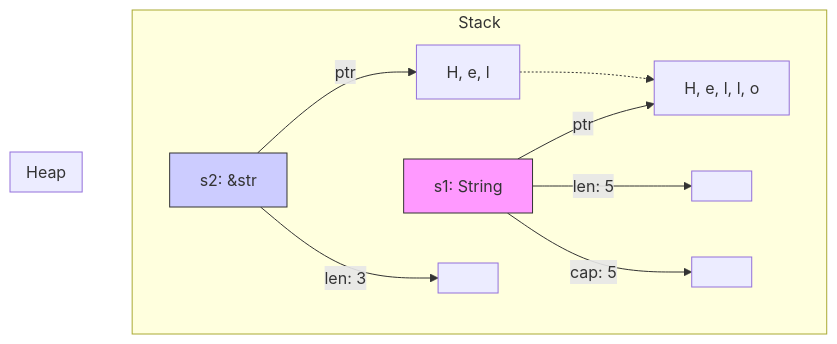
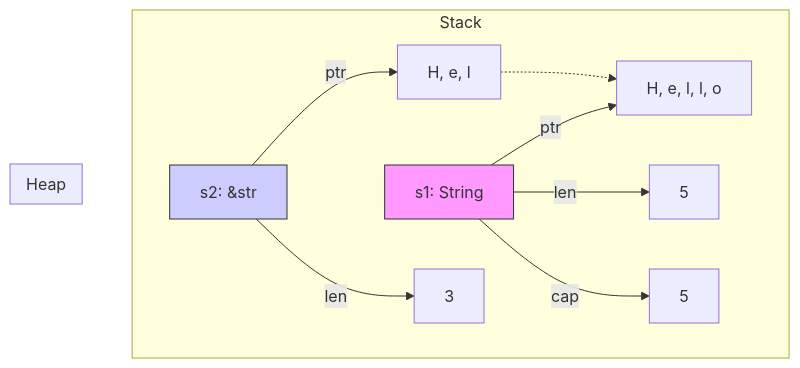
One commit to byteappua/rust-100 changed the fourth of 4 diagrams in Day01-15/02.VariablesAndTypes/README.md. Above: the diagram before and after it, drawn with Mermaid.

Commit message:
feat: 为 Rust 100 变量和类型章节添加 README.md 文件。

````diff
--- a/Day01-15/02.VariablesAndTypes/README.md
+++ b/Day01-15/02.VariablesAndTypes/README.md
@@ -191,19 +191,19 @@
 ```mermaid
 graph TD
     subgraph Stack
         S1[s1: String] --> |ptr| H1
-        S1 --> |len: 5| L1[ ]
-        S1 --> |cap: 5| C1[ ]
+        S1 --> |len| L1[5]
+        S1 --> |cap| C1[5]
         
         S2[s2: &str] --> |ptr| H_Part
-        S2 --> |len: 3| L2[ ]
+        S2 --> |len| L2[3]
     end
     
     subgraph Heap
         H1[H, e, l, l, o]
         H_Part[H, e, l] -.-> H1
     end
     
     style S1 fill:#f9f,stroke:#333
     style S2 fill:#ccf,stroke:#333
 ```
````
